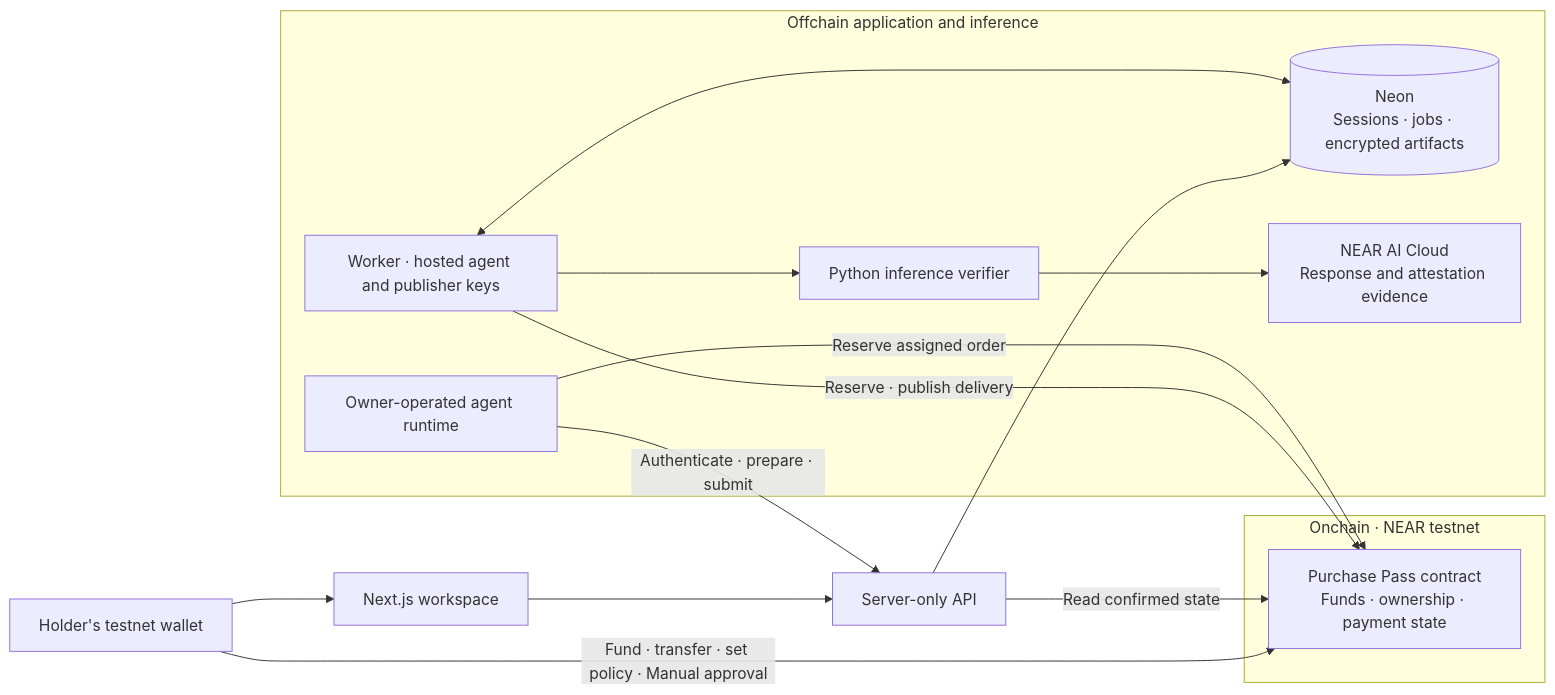
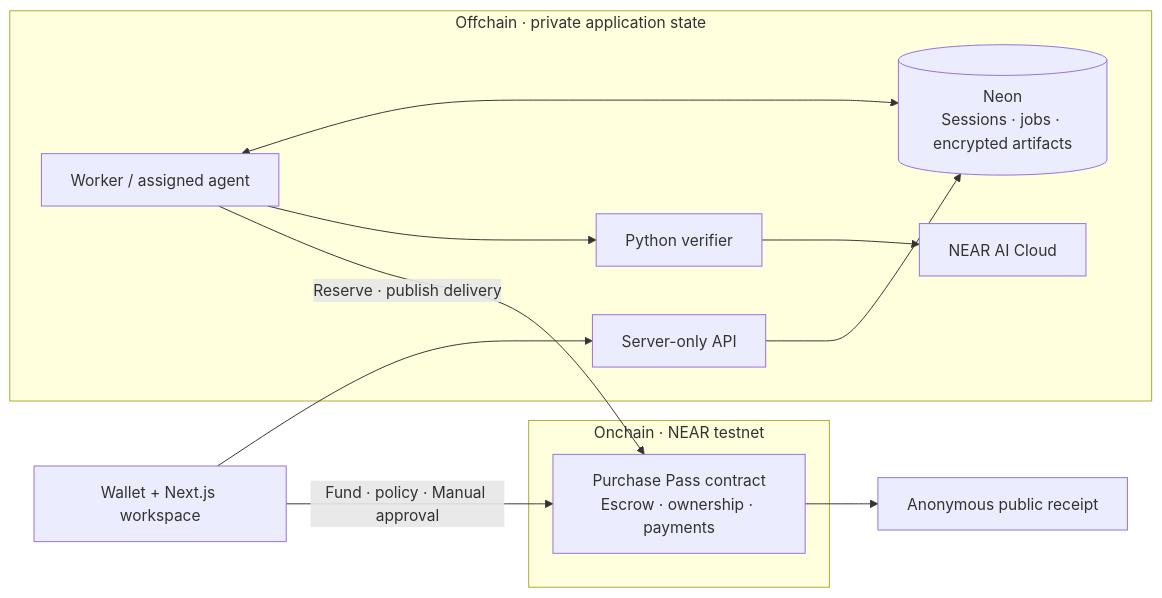
Before and after one commit to EndPx/proofbill: the second of 2 diagrams in README.md, drawn with Mermaid. The commit also changed other lines of this file and 2 other files, not shown here.

Commit message:
docs: make the submission README visual and evidence-first

````diff
--- a/README.md
+++ b/README.md
@@ -106,26 +122,15 @@
 ```mermaid
 flowchart LR
-  H["Holder's testnet wallet"]
-  UI["Next.js workspace"]
-  API["Server-only API"]
-  subgraph Onchain["Onchain · NEAR testnet"]
-    C["Purchase Pass contract<br/>Funds · ownership · payment state"]
+  UI["Wallet + Next.js workspace"] --> API["Server-only API"]
+  UI -->|"Fund · policy · Manual approval"| C
+  subgraph Chain["Onchain · NEAR testnet"]
+    C["Purchase Pass contract<br/>Escrow · ownership · payments"]
   end
-  subgraph Offchain["Offchain application and inference"]
-    DB[("Neon<br/>Sessions · jobs · encrypted artifacts")]
-    W["Worker · hosted agent and publisher keys"]
-    X["Owner-operated agent runtime"]
-    V["Python inference verifier"]
-    AI["NEAR AI Cloud<br/>Response and attestation evidence"]
+  subgraph Private["Offchain · private application state"]
+    API --> DB[("Neon<br/>Sessions · jobs · encrypted artifacts")]
+    W["Worker / assigned agent"] <--> DB
+    W --> V["Python verifier"] --> AI["NEAR AI Cloud"]
   end
-  H --> UI
-  H -->|"Fund · transfer · set policy · Manual approval"| C
-  UI --> API
-  API --> DB
-  API -->|"Read confirmed state"| C
-  W <--> DB
   W -->|"Reserve · publish delivery"| C
-  X -->|"Authenticate · prepare · submit"| API
-  X -->|"Reserve assigned order"| C
-  W --> V --> AI
+  C --> R["Anonymous public receipt"]
 ```
````
